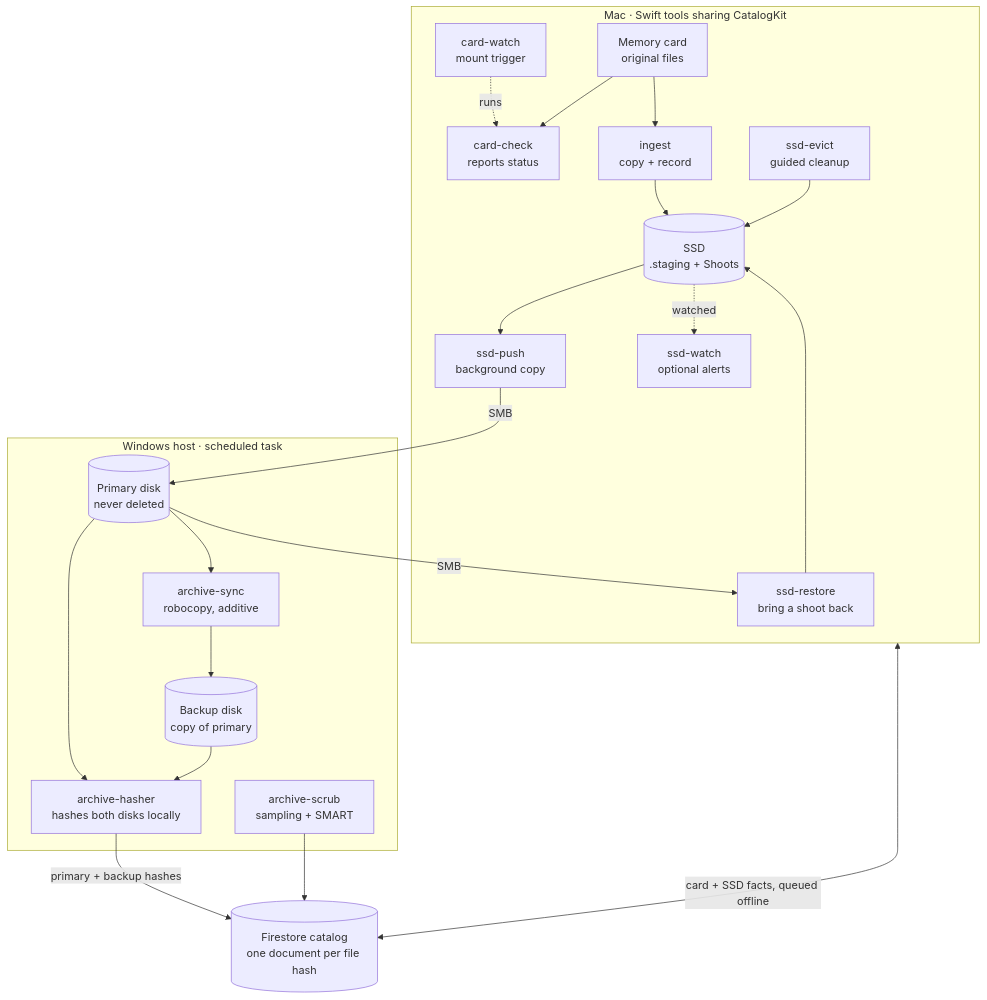
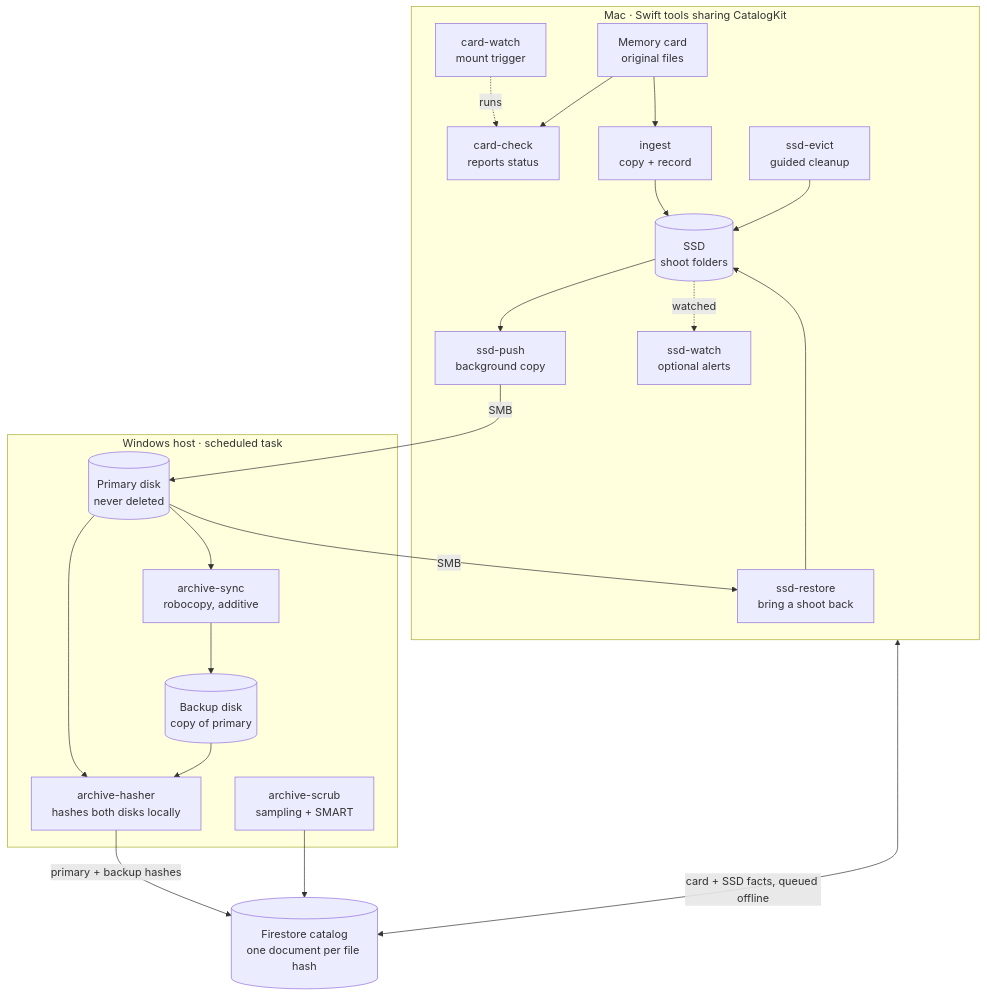
Before and after one commit to lukehunter/negatives: the diagram in docs/design.md, drawn with Mermaid. The commit also changed other lines of this file and 2 other files, not shown here.

Commit message:
Keep each shoot in one SSD folder with a hidden .originals/

````diff
--- a/docs/design.md
+++ b/docs/design.md
@@ -72,35 +72,35 @@
 ```mermaid
 flowchart TB
   subgraph Mac["Mac · Swift tools sharing CatalogKit"]
     card[Memory card<br/>original files]
     watchc[card-watch<br/>mount trigger]
     check[card-check<br/>reports status]
     ingest[ingest<br/>copy + record]
-    ssd[(SSD<br/>.staging + Shoots)]
+    ssd[(SSD<br/>shoot folders)]
     push[ssd-push<br/>background copy]
     evict[ssd-evict<br/>guided cleanup]
     restore[ssd-restore<br/>bring a shoot back]
     swatch[ssd-watch<br/>optional alerts]
   end
   fs[(Firestore catalog<br/>one document per file hash)]
   subgraph Win["Windows host · scheduled task"]
     primary[(Primary disk<br/>never deleted)]
     sync[archive-sync<br/>robocopy, additive]
     backup[(Backup disk<br/>copy of primary)]
     hasher[archive-hasher<br/>hashes both disks locally]
     scrub[archive-scrub<br/>sampling + SMART]
   end
   watchc -. runs .-> check
   card --> check
   card --> ingest --> ssd
   ssd --> push -- SMB --> primary
   evict --> ssd
   primary -- SMB --> restore --> ssd
   ssd -. watched .-> swatch
   primary --> sync --> backup
   primary --> hasher
   backup --> hasher
   hasher -- primary + backup hashes --> fs
   scrub --> fs
   Mac <-- card + SSD facts, queued offline --> fs
 ```
````
